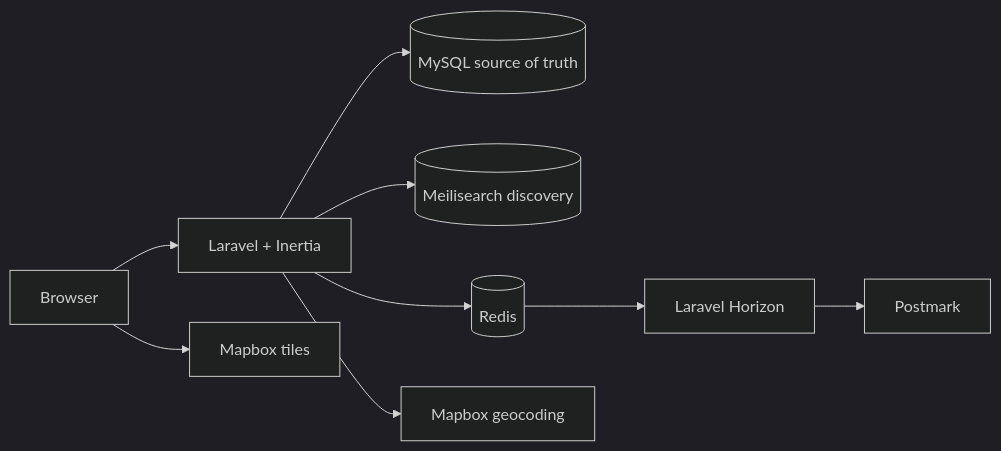
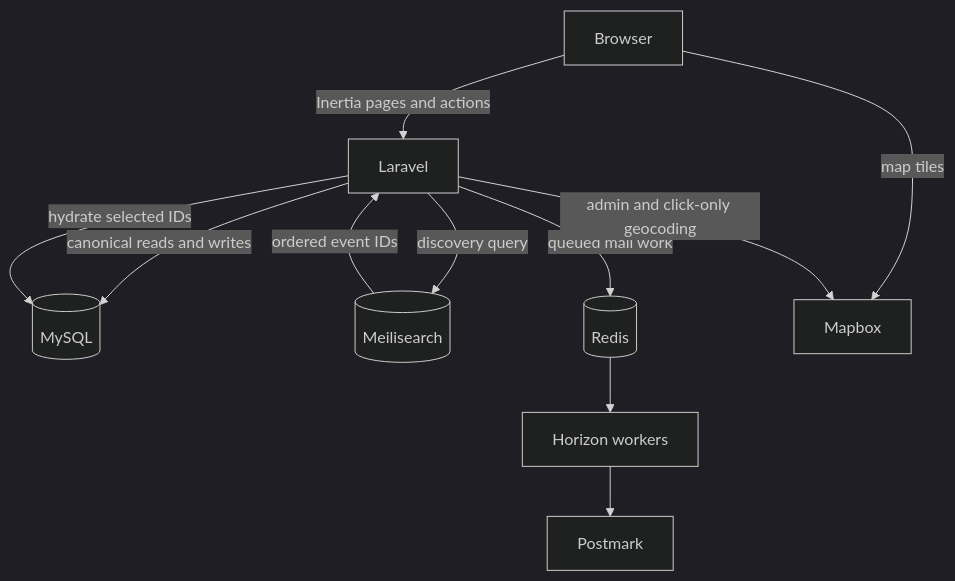
Before and after one commit to vincentsch/eventradar: the diagram in README.md, drawn with Mermaid (dark theme). The commit also changed other lines of this file and 1 other file, not shown here.

````diff
--- a/README.md
+++ b/README.md
@@ -44,11 +46,13 @@
 ```mermaid
-flowchart LR
-    B[Browser] --> L[Laravel + Inertia]
-    L --> DB[(MySQL source of truth)]
-    L --> M[(Meilisearch discovery)]
-    L --> R[(Redis)]
-    R --> H[Laravel Horizon]
+flowchart TB
+    B[Browser] -->|Inertia pages and actions| L[Laravel]
+    L -->|canonical reads and writes| DB[(MySQL)]
+    L -->|discovery query| M[(Meilisearch)]
+    M -->|ordered event IDs| L
+    L -->|hydrate selected IDs| DB
+    L -->|queued mail work| R[(Redis)]
+    R --> H[Horizon workers]
     H --> P[Postmark]
-    B --> MB[Mapbox tiles]
-    L --> MG[Mapbox geocoding]
+    B -->|map tiles| MB[Mapbox]
+    L -->|admin and click-only geocoding| MB
 ```
````
